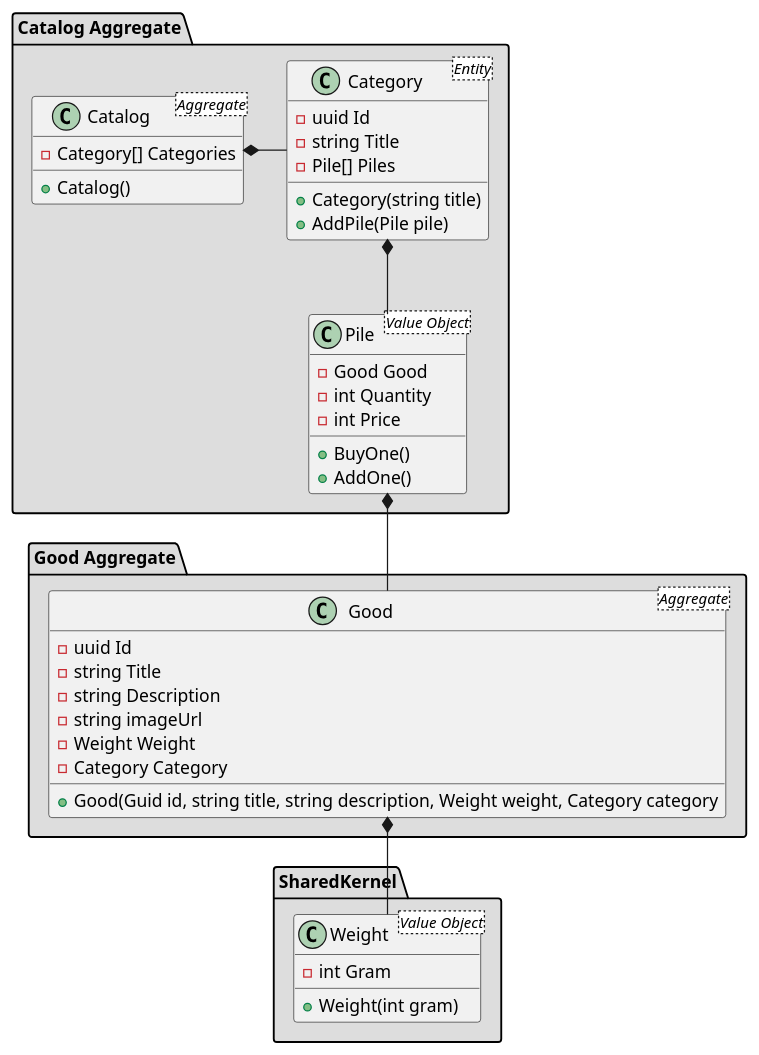
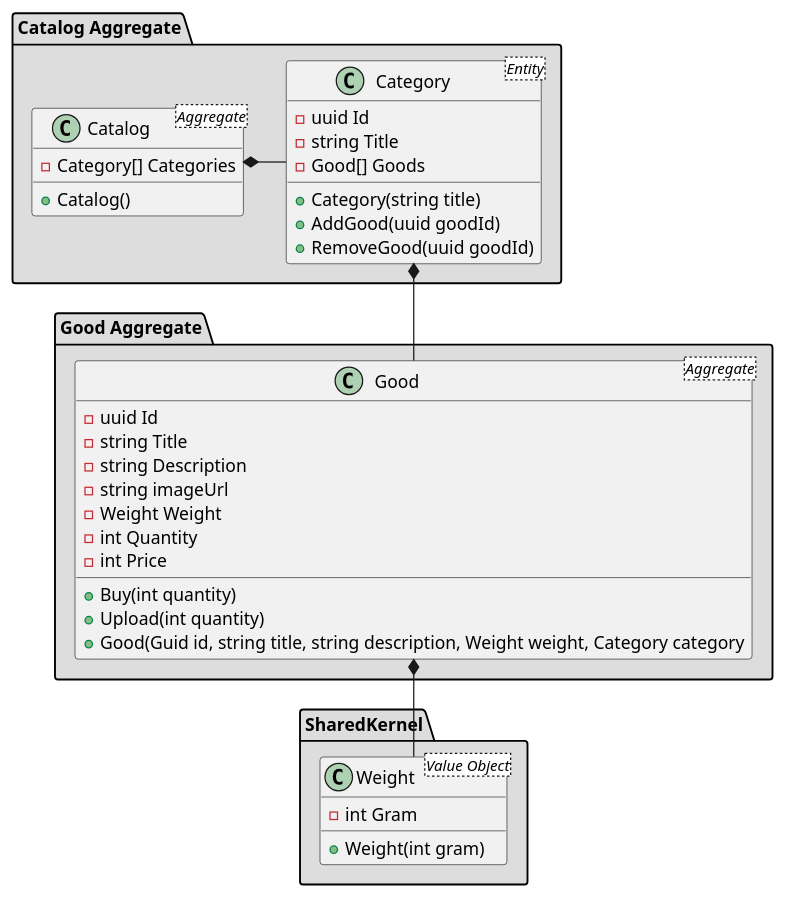
The third of 4 diagrams in services/catalog/README.md (gerzhan/knigaexpert-system-design), drawn with PlantUML before and after one commit. The commit also changed other lines of this file and 1 other file, not shown here.

````diff
--- a/services/catalog/README.md
+++ b/services/catalog/README.md
@@ -82,56 +121,51 @@
 ```plantuml
 package "Catalog Aggregate"  #DDDDDD {
   Class Catalog <Aggregate>
   {
     - Category[] Categories 
     
     + Catalog()
   }
   
   Class Category <Entity>
   {
     - uuid Id
     - string Title 
-    - Pile[] Piles
+    - Good[] Goods
 
     + Category(string title)
-    + AddPile(Pile pile)
+    + AddGood(uuid goodId)
+    + RemoveGood(uuid goodId)
   }  
-
-  Class Pile <Value Object>{
-    - Good Good
-    - int Quantity
-    - int Price
-    + BuyOne()
-    + AddOne()
-  }
-
-  Catalog *- Category
-  Category *-- Pile
 }
 
 package "SharedKernel" #DDDDDD {
   Class Weight <Value Object>
   {
     - int Gram
     + Weight(int gram)
   }
 }
 
 package "Good Aggregate" #DDDDDD {
   Class Good <Aggregate>
   {
     - uuid Id
     - string Title
     - string Description
     - string imageUrl
-    - Weight Weight
-    - Category Category
+    - Weight Weight    
+    - int Quantity
+    - int Price
+    + Buy(int quantity)
+    + Upload(int quantity)
     + Good(Guid id, string title, string description, Weight weight, Category category
   }
+
+  Catalog *- Category
   Good *-- Weight
-  Pile *-- Good
+  Category *-- Good
 }
 
 
 ```
````
